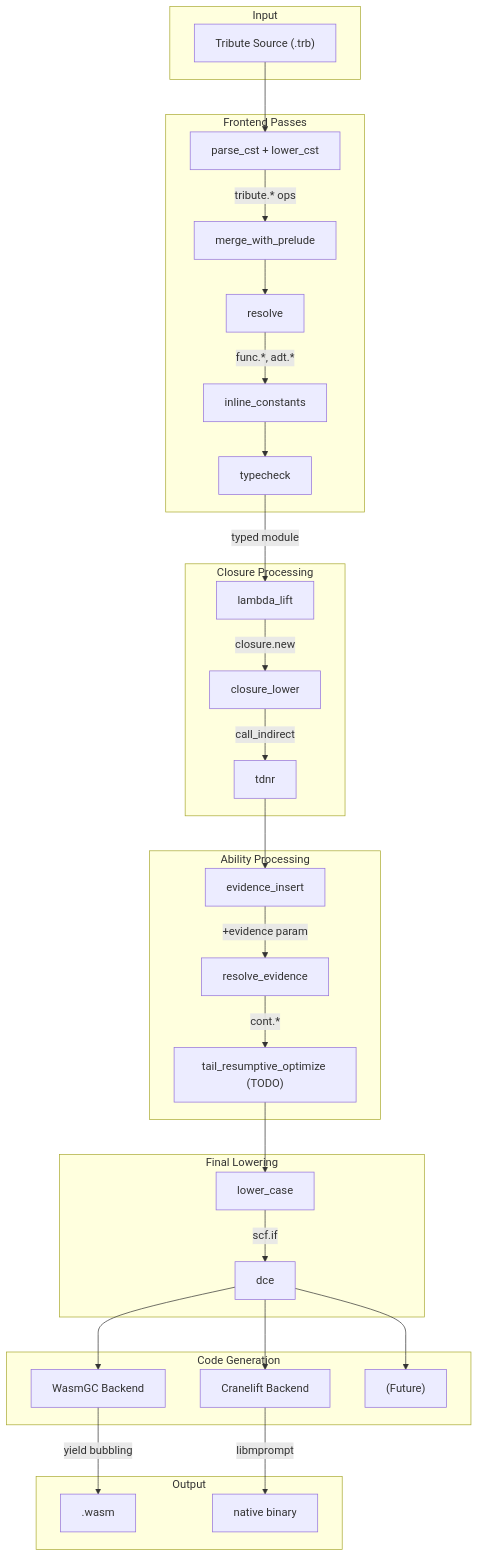
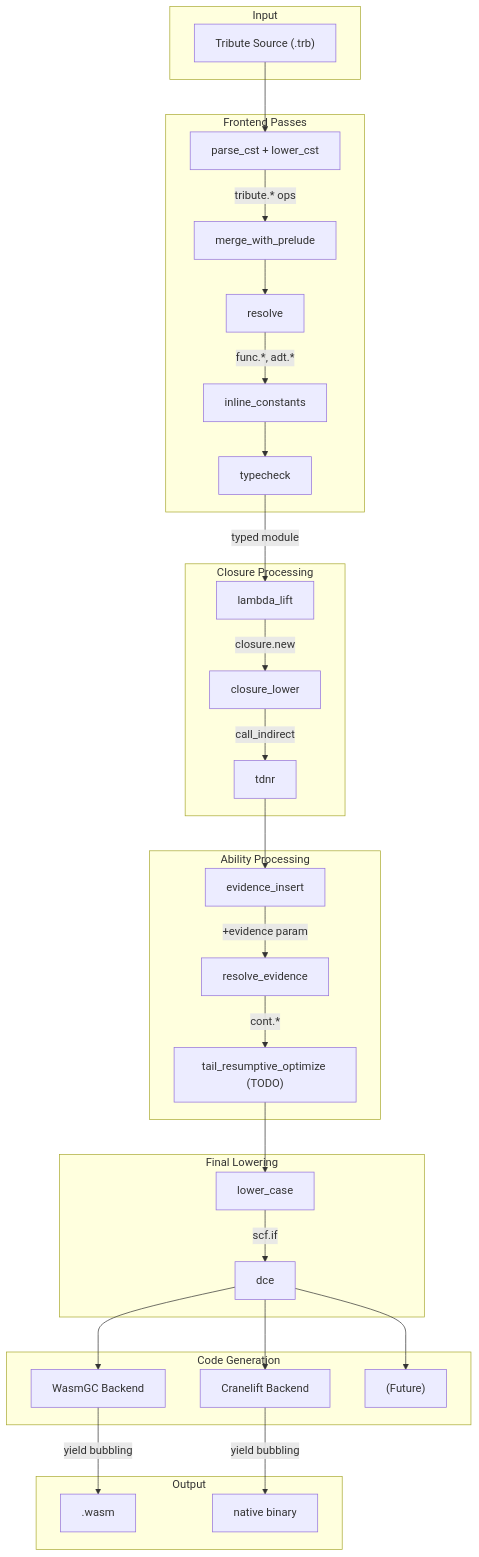
One commit to Kroisse/tribute changed the diagram in new-plans/implementation.md. Above: the diagram before and after it, drawn with Mermaid. The commit also changed other lines of this file and 3 other files, not shown here.

````diff
--- a/new-plans/implementation.md
+++ b/new-plans/implementation.md
@@ -541,59 +501,59 @@
 ```mermaid
 flowchart TB
     subgraph input["Input"]
         source["Tribute Source (.trb)"]
     end
 
     subgraph frontend["Frontend Passes"]
         parse["parse_cst + lower_cst"]
         prelude["merge_with_prelude"]
         resolve["resolve"]
         const_inline["inline_constants"]
         typecheck["typecheck"]
     end
 
     subgraph closure["Closure Processing"]
         lambda_lift["lambda_lift"]
         closure_lower["closure_lower"]
         tdnr["tdnr"]
     end
 
     subgraph ability["Ability Processing"]
         evidence["evidence_insert"]
         resolve_ev["resolve_evidence"]
         tail_opt["tail_resumptive_optimize (TODO)"]
     end
 
     subgraph lowering["Final Lowering"]
         lower_case["lower_case"]
         dce["dce"]
     end
 
     subgraph backends["Code Generation"]
         wasm["WasmGC Backend"]
         cranelift["Cranelift Backend"]
         future["(Future)"]
     end
 
     subgraph output["Output"]
         wasm_bin[".wasm"]
         native["native binary"]
     end
 
     source --> parse
     parse -->|"tribute.* ops"| prelude
     prelude --> resolve
     resolve -->|"func.*, adt.*"| const_inline
     const_inline --> typecheck
     typecheck -->|"typed module"| lambda_lift
     lambda_lift -->|"closure.new"| closure_lower
     closure_lower -->|"call_indirect"| tdnr
     tdnr --> evidence
     evidence -->|"+evidence param"| resolve_ev
     resolve_ev -->|"cont.*"| tail_opt
     tail_opt --> lower_case
     lower_case -->|"scf.if"| dce
     dce --> wasm & cranelift & future
     wasm -->|"yield bubbling"| wasm_bin
-    cranelift -->|"libmprompt"| native
+    cranelift -->|"yield bubbling"| native
 ```
````
